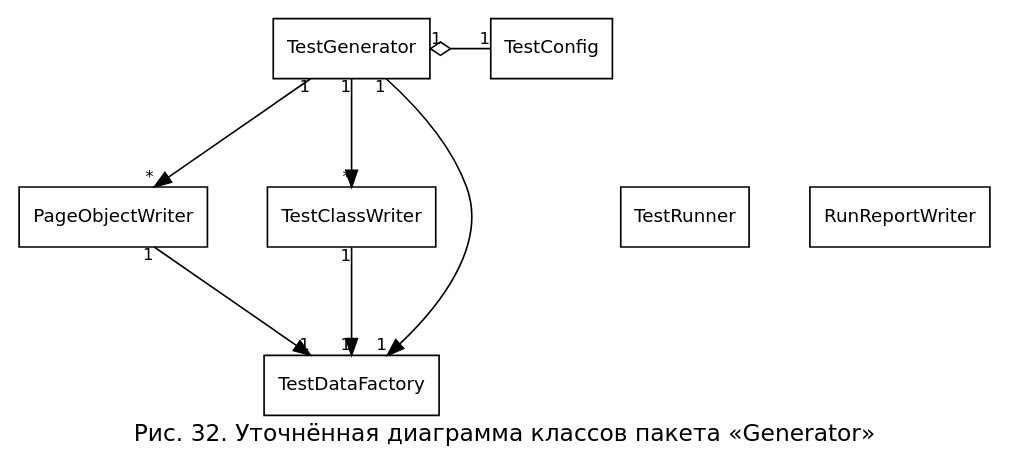
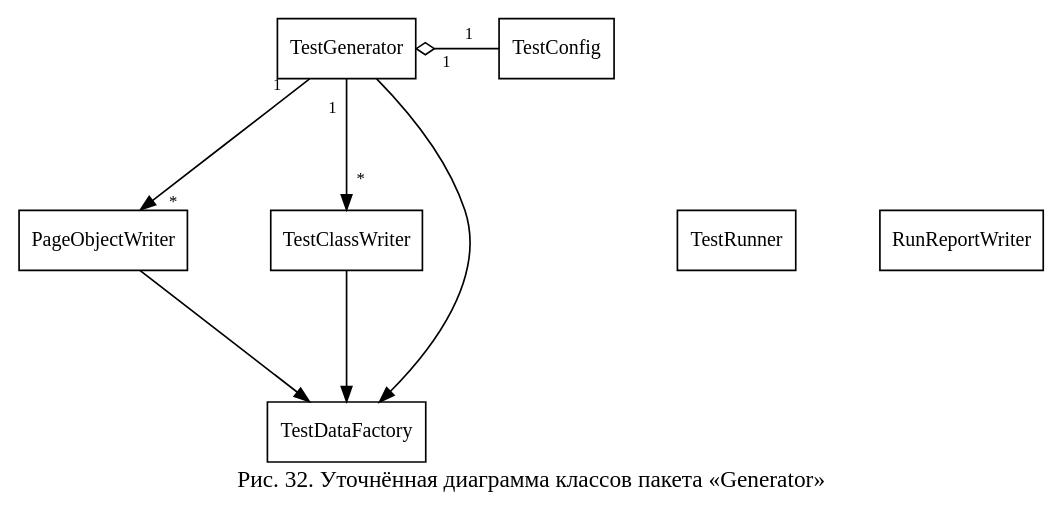
The diagram in diagrams/cls_generator_refined.dot (nastolbov/AutoTestGeneratorUpdate), drawn with Graphviz before and after one commit. The commit also changed 47 other files, not shown here.

First line of the commit message:
diagrams: Liberation Serif (как Times New Roman), фикс множественности

```diff
--- a/diagrams/cls_generator_refined.dot
+++ b/diagrams/cls_generator_refined.dot
@@ -1,26 +1,24 @@
 digraph GR {
-    rankdir=TB; fontname="DejaVu Sans"; fontsize=14;
+    rankdir=TB; fontname="Liberation Serif"; fontsize=14;
     label="Рис. 32. Уточнённая диаграмма классов пакета «Generator»"; labelloc=b;
-    nodesep=0.5; ranksep=0.9;
-    node [fontname="DejaVu Sans", fontsize=11, shape=box, style=filled, fillcolor=white];
-    edge [color=black, fontname="DejaVu Sans", fontsize=10];
+    nodesep=0.7; ranksep=1.1;
+    node [fontname="Liberation Serif", fontsize=12, shape=box, style=filled, fillcolor=white];
+    edge [color=black, fontname="Liberation Serif", fontsize=10, labeldistance=2.0, arrowsize=0.9];
 
     TC  [label="TestConfig"];
     TG  [label="TestGenerator"];
     POW [label="PageObjectWriter"];
     TCW [label="TestClassWriter"];
     TDF [label="TestDataFactory"];
     TR  [label="TestRunner"];
     RRW [label="RunReportWriter"];
 
-    TG -> TC  [arrowtail=odiamond, dir=back, taillabel="1", headlabel="1"];
+    TG -> TC [arrowtail=odiamond, dir=back, taillabel="1", headlabel="1"];
     TG -> POW [taillabel="1", headlabel="*"];
     TG -> TCW [taillabel="1", headlabel="*"];
-    TG -> TDF [taillabel="1", headlabel="1"];
-    POW -> TDF [taillabel="1", headlabel="1"];
-    TCW -> TDF [taillabel="1", headlabel="1"];
+    TG -> TDF; POW -> TDF; TCW -> TDF;
 
     { rank=same; TC; TG; }
     { rank=same; POW; TCW; TR; RRW; }
     { rank=same; TDF; }
 }
```
